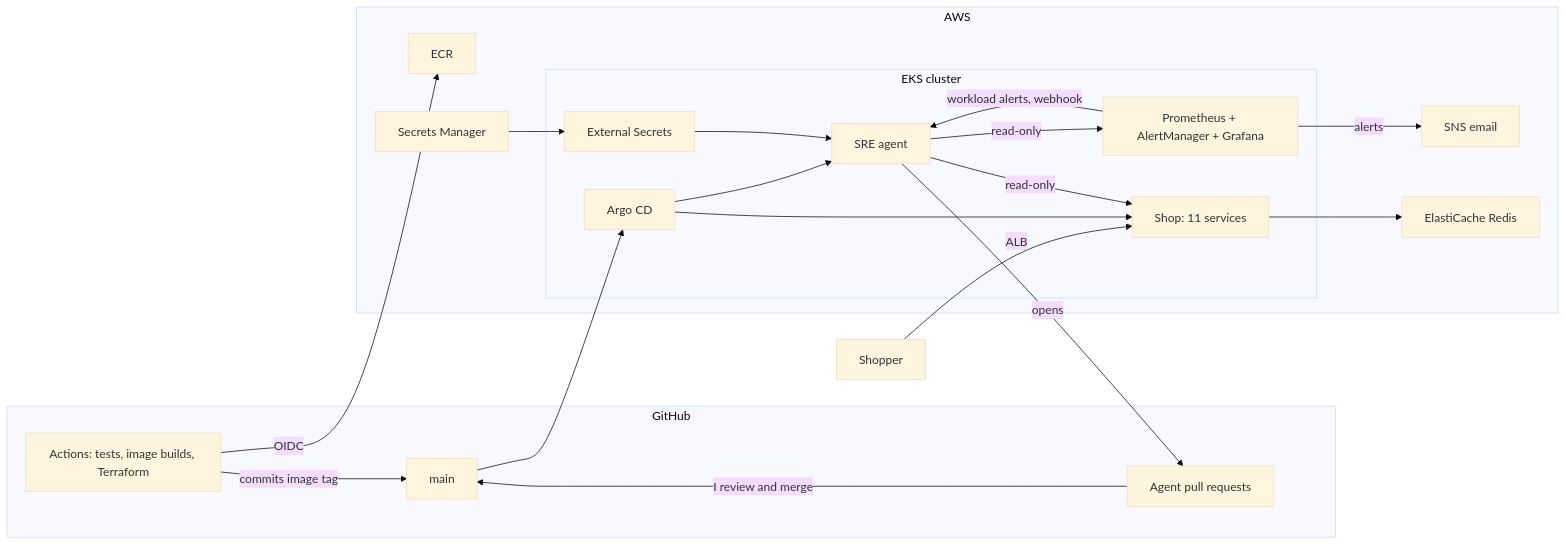
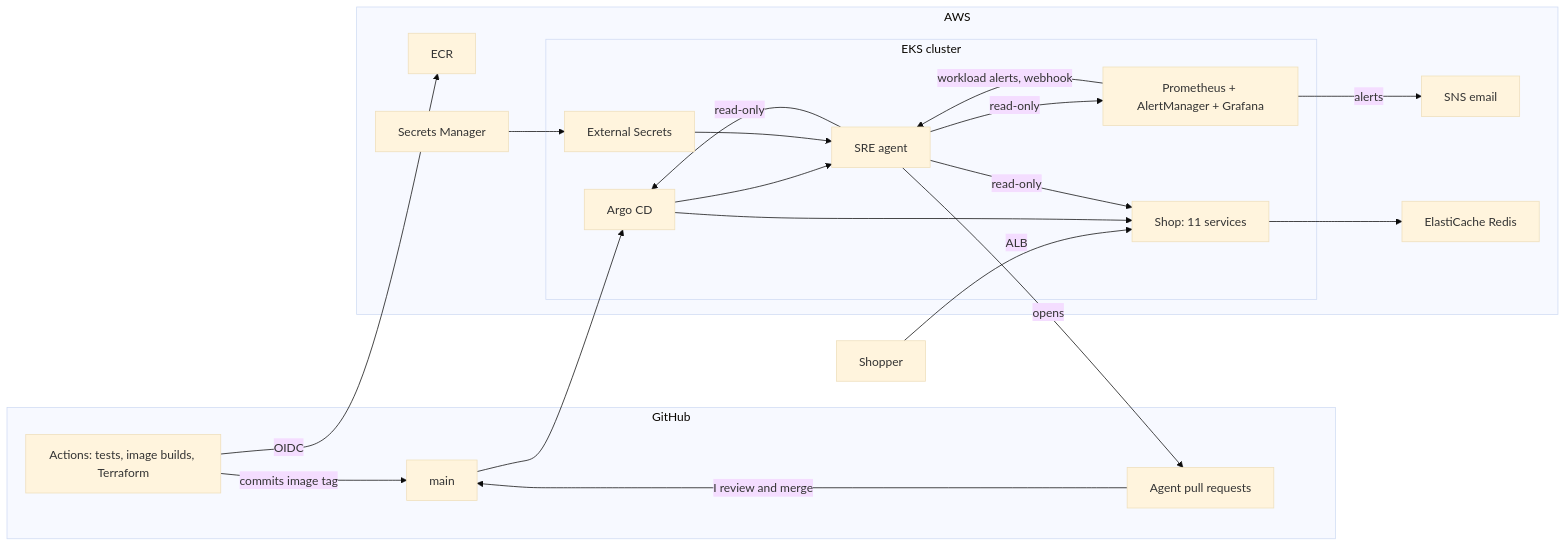
Before and after one commit to kolade86/online-boutique-aws-eks: the diagram in README.md, drawn with Mermaid (base theme). The commit also changed other lines of this file, not shown here.

Commit message:
docs: README brought up to date with wider read access

````diff
--- a/README.md
+++ b/README.md
@@ -20,33 +20,34 @@
 ```mermaid
 flowchart LR
     subgraph GH[GitHub]
         MAIN[main]
         ACT[Actions: tests, image builds, Terraform]
         PRS[Agent pull requests]
     end
     subgraph AWS[AWS]
         ECR[ECR]
         SM[Secrets Manager]
         SNS[SNS email]
         subgraph EKS[EKS cluster]
             ARGO[Argo CD]
             SHOP[Shop: 11 services]
             AGENT[SRE agent]
             PROM[Prometheus + AlertManager + Grafana]
             ESO[External Secrets]
         end
         REDIS[ElastiCache Redis]
     end
     USER[Shopper] -->|ALB| SHOP
     ACT -->|OIDC| ECR
     ACT -->|commits image tag| MAIN
     MAIN --> ARGO --> SHOP
     ARGO --> AGENT
     SHOP --> REDIS
     PROM -->|alerts| SNS
     PROM -->|workload alerts, webhook| AGENT
     AGENT -->|read-only| PROM
     AGENT -->|read-only| SHOP
+    AGENT -->|read-only| ARGO
     AGENT -->|opens| PRS -->|I review and merge| MAIN
     SM --> ESO --> AGENT
 ```
````
